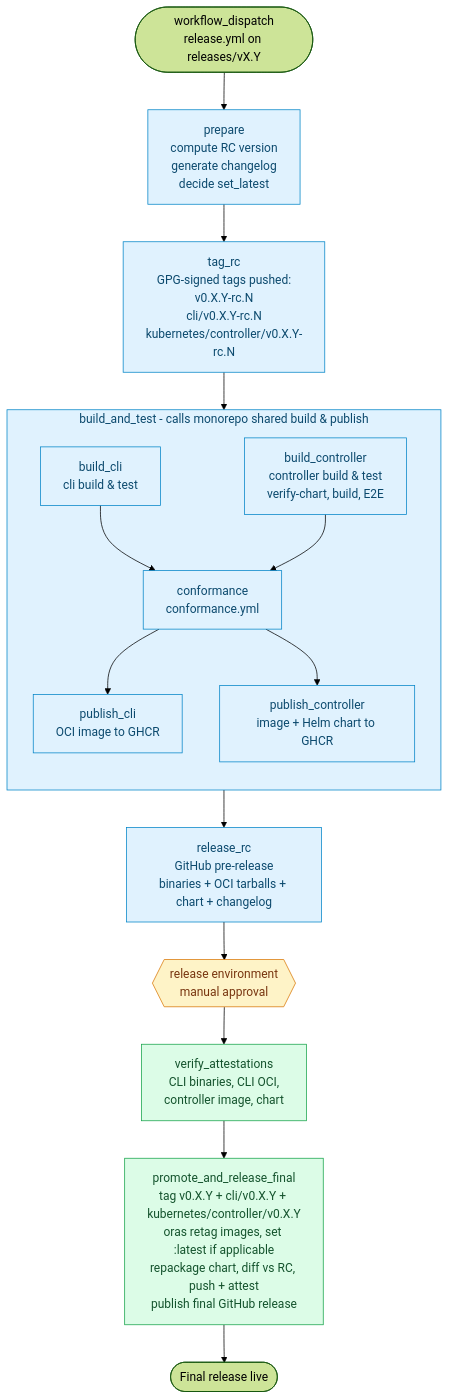
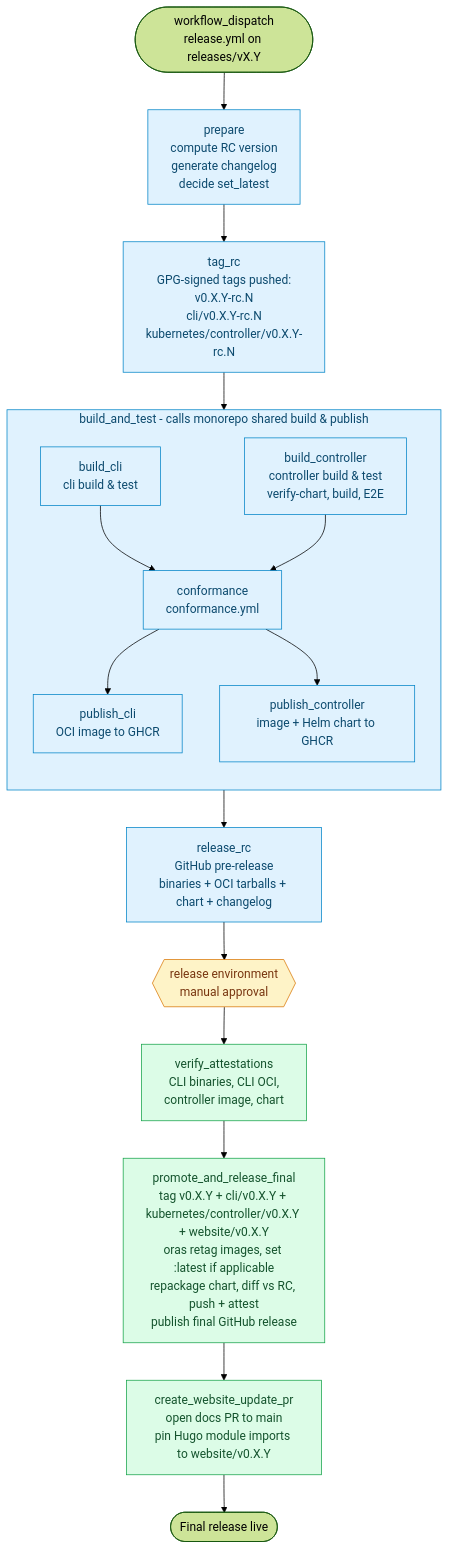
Before and after one commit to sk31337/open-component-model: the second of 2 diagrams in RELEASE_PROCESS.md, drawn with Mermaid (forest theme). The commit also changed other lines of this file and 27 other files, not shown here.

````diff
--- a/RELEASE_PROCESS.md
+++ b/RELEASE_PROCESS.md
@@ -48,35 +58,36 @@
 ```mermaid
 flowchart TD
     Start([workflow_dispatch<br/>release.yml on releases/vX.Y])
     Start --> Prepare[prepare<br/>compute RC version<br/>generate changelog<br/>decide set_latest]
     Prepare --> TagRC[tag_rc<br/>GPG-signed tags pushed:<br/>v0.X.Y-rc.N<br/>cli/v0.X.Y-rc.N<br/>kubernetes/controller/v0.X.Y-rc.N]
     TagRC --> Pipeline
 
     subgraph Pipeline["build_and_test - calls monorepo shared build & publish"]
         direction TB
         BuildCLI["build_cli<br/>cli build & test"]
         BuildCtl["build_controller<br/>controller build & test<br/>verify-chart, build, E2E"]
         Conf[conformance<br/>conformance.yml]
         PubCLI[publish_cli<br/>OCI image to GHCR]
         PubCtl[publish_controller<br/>image + Helm chart to GHCR]
 
         BuildCLI --> Conf
         BuildCtl --> Conf
         Conf --> PubCLI
         Conf --> PubCtl
     end
 
     Pipeline --> ReleaseRC[release_rc<br/>GitHub pre-release<br/>binaries + OCI tarballs + chart + changelog]
     ReleaseRC --> Gate{{release environment<br/>manual approval}}
     Gate --> Verify[verify_attestations<br/>CLI binaries, CLI OCI,<br/>controller image, chart]
-    Verify --> Promote[promote_and_release_final<br/>tag v0.X.Y + cli/v0.X.Y + kubernetes/controller/v0.X.Y<br/>oras retag images, set :latest if applicable<br/>repackage chart, diff vs RC, push + attest<br/>publish final GitHub release]
-    Promote --> End([Final release live])
+    Verify --> Promote[promote_and_release_final<br/>tag v0.X.Y + cli/v0.X.Y + kubernetes/controller/v0.X.Y + website/v0.X.Y<br/>oras retag images, set :latest if applicable<br/>repackage chart, diff vs RC, push + attest<br/>publish final GitHub release]
+    Promote --> WebsiteDocs[create_website_update_pr<br/>open docs PR to main<br/>pin Hugo module imports to website/v0.X.Y]
+    WebsiteDocs --> End([Final release live])
 
     classDef rc fill:#e0f2fe,stroke:#0284c7,color:#0c4a6e
     classDef final fill:#dcfce7,stroke:#16a34a,color:#14532d
     classDef gate fill:#fef3c7,stroke:#d97706,color:#78350f
 
     class Prepare,TagRC,Pipeline,ReleaseRC,BuildCLI,BuildCtl,Conf,PubCLI,PubCtl rc
-    class Verify,Promote final
+    class Verify,Promote,WebsiteDocs final
     class Gate gate
 ```
````
